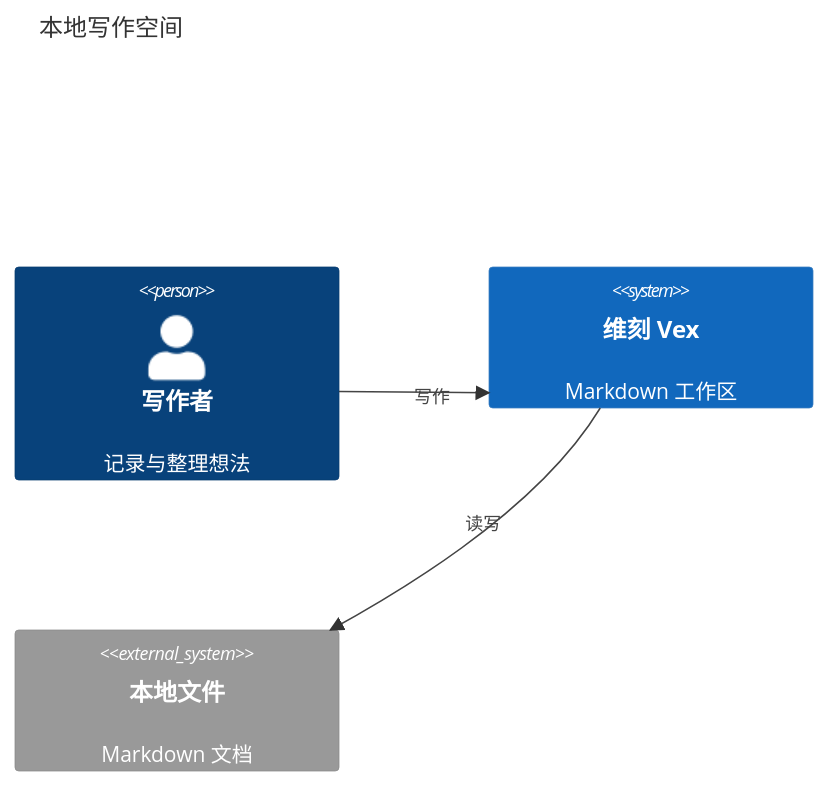
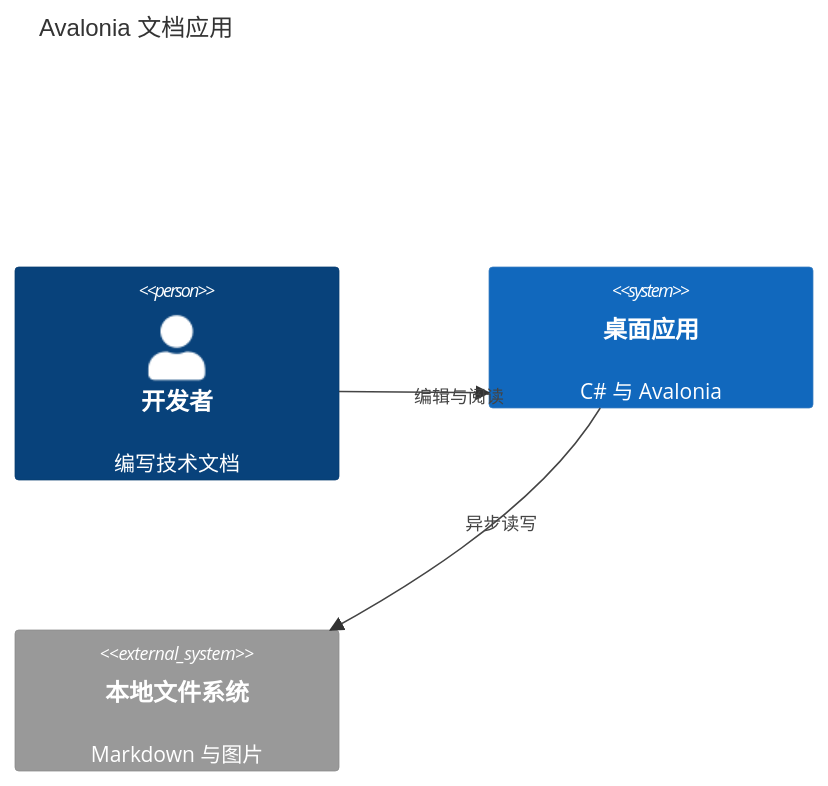
One commit to dotnet9/Vex changed diagram 14 of 24 in docs/演示文档/Mermaid 图表图鉴.md. Above: the diagram before and after it, drawn with Mermaid. The commit also changed other lines of this file and 23 other files, not shown here.

Commit message:
完善(演示文档)：围绕 .NET 与 Avalonia 重编示例并补齐 24 类图表

````diff
--- a/docs/演示文档/Mermaid 图表图鉴.md
+++ b/docs/演示文档/Mermaid 图表图鉴.md
@@ -196,9 +201,9 @@
 ```mermaid
 C4Context
-  title 本地写作空间
-  Person(writer, "写作者", "记录与整理想法")
-  System(vex, "维刻 Vex", "Markdown 工作区")
-  System_Ext(files, "本地文件", "Markdown 文档")
-  Rel(writer, vex, "写作")
-  Rel(vex, files, "读写")
+  title Avalonia 文档应用
+  Person(developer, "开发者", "编写技术文档")
+  System(desktop, "桌面应用", "C# 与 Avalonia")
+  System_Ext(files, "本地文件系统", "Markdown 与图片")
+  Rel(developer, desktop, "编辑与阅读")
+  Rel(desktop, files, "异步读写")
 ```
````
